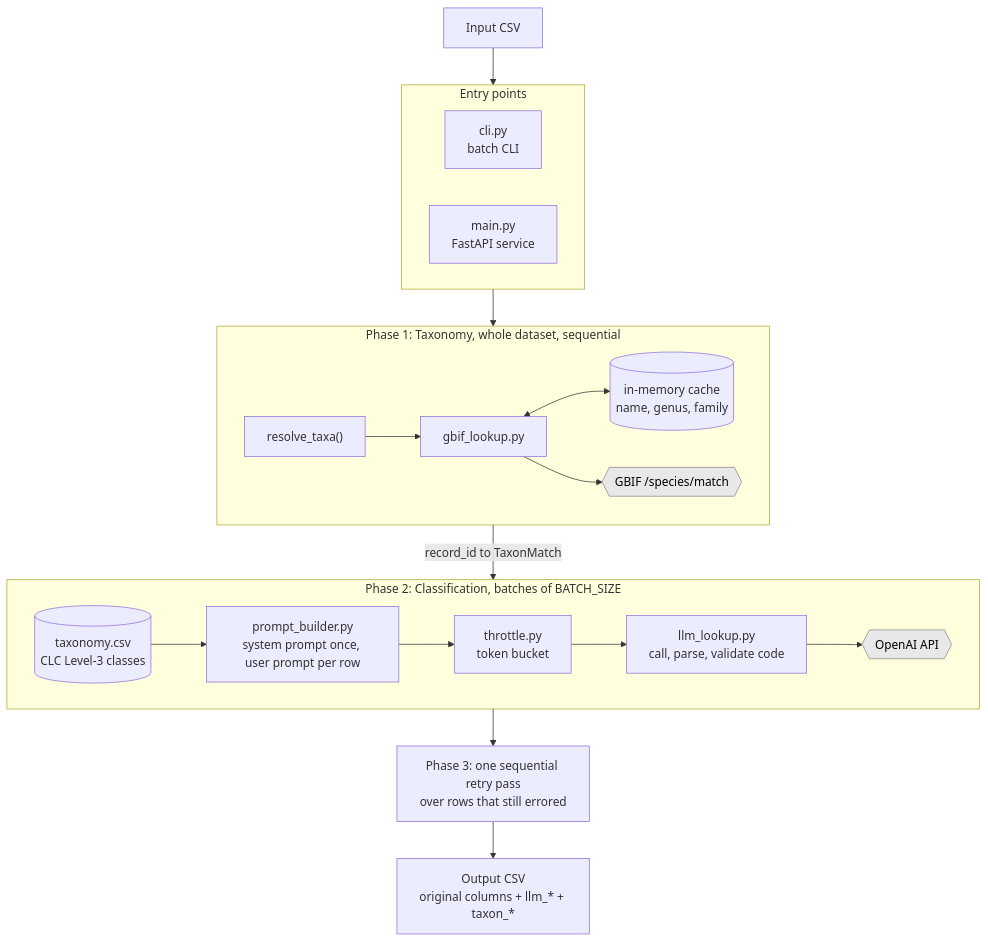
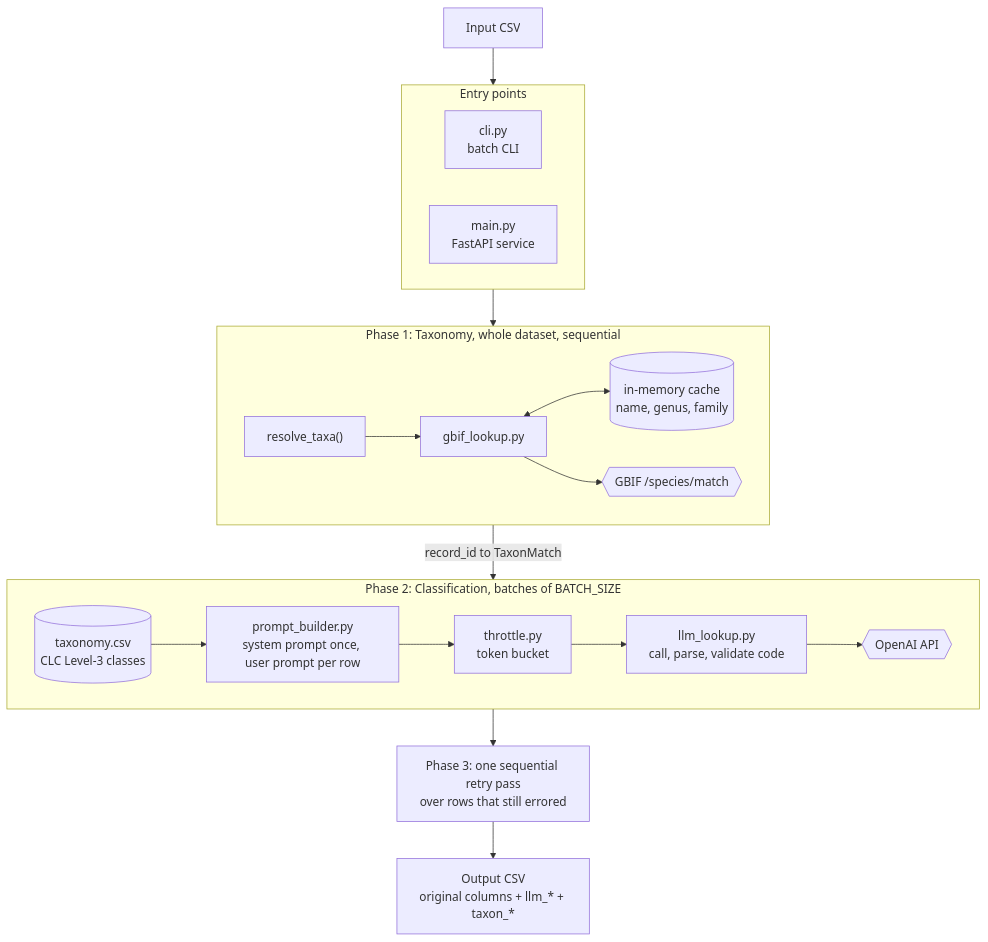
Before and after one commit to biodivportal/BiodivPipeline: the diagram in modules/local/taxonomy_classify/README.md, drawn with Mermaid. The commit also changed other lines of this file and 2 other files, not shown here.

Commit message:
docs(mermaid): fix broken diagram + neutralise diagram colors
- architecture.md: quote the WP3->ASSEMBLE edge label so its parentheses
  stop breaking GitHub's mermaid parser (diagram now renders).
- Remove all colour styling (classDef fills/strokes, ::: classes) from the
  architecture, outlier_detect, and taxonomy_classify diagrams for a neutral
  theme; keep only a neutral dashed outline on skippable stages.
- Update legend/prose that referenced colours (Green/Orange -> role names;
  'White nodes' -> 'Hexagon nodes').

````diff
--- a/modules/local/taxonomy_classify/README.md
+++ b/modules/local/taxonomy_classify/README.md
@@ -200,34 +200,31 @@
 ```mermaid
 flowchart TD
     IN["Input CSV"] --> ENTRY
  
     subgraph ENTRY ["Entry points"]
         CLI["cli.py<br/>batch CLI"]
         API["main.py<br/>FastAPI service"]
     end
  
     ENTRY --> P1
  
     subgraph P1 ["Phase 1: Taxonomy, whole dataset, sequential"]
         RT["resolve_taxa()"] --> GB["gbif_lookup.py"]
         GB <--> CACHE[("in-memory cache<br/>name, genus, family")]
         GB --> GBIF{{"GBIF /species/match"}}
     end
  
     P1 -->|"record_id to TaxonMatch"| P2
  
     subgraph P2 ["Phase 2: Classification, batches of BATCH_SIZE"]
         PB["prompt_builder.py<br/>system prompt once, user prompt per row"]
         TB["throttle.py<br/>token bucket"]
         LLM["llm_lookup.py<br/>call, parse, validate code"]
         TAX[("taxonomy.csv<br/>CLC Level-3 classes")] --> PB
         PB --> TB --> LLM
         LLM --> OAI{{"OpenAI API"}}
     end
  
     P2 --> P3["Phase 3: one sequential retry pass<br/>over rows that still errored"]
     P3 --> OUT["Output CSV<br/>original columns + llm_* + taxon_*"]
- 
-    classDef ext fill:#e8e8e8,stroke:#888,color:#000;
-    class GBIF,OAI ext;
 ```
````
